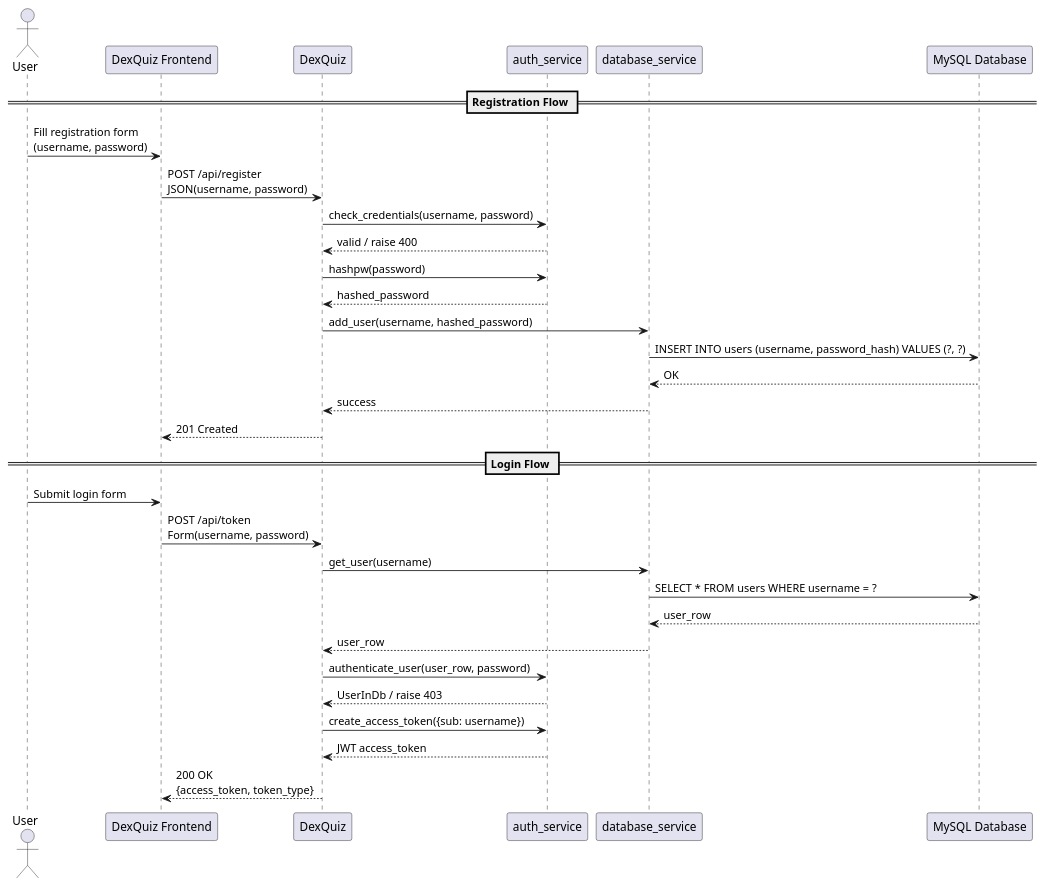
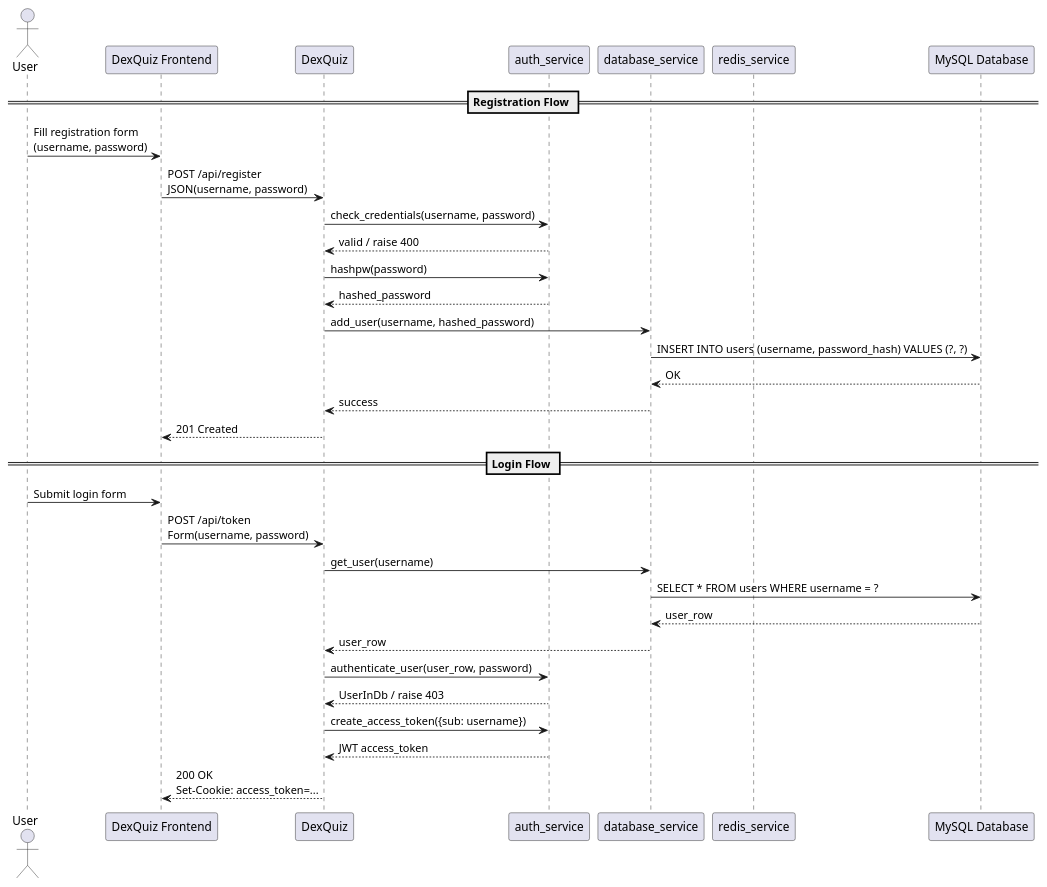
Before and after one commit to Digestey/lw-sqs-ss25: the diagram in docs/source/arc42/images/register_login_sequence.puml, drawn with PlantUML. The commit also changed 25 other files, not shown here.

```diff
--- a/docs/source/arc42/images/register_login_sequence.puml
+++ b/docs/source/arc42/images/register_login_sequence.puml
@@ -1,35 +1,35 @@
 @startuml
 actor User
 participant "DexQuiz Frontend" as FE
 participant "DexQuiz" as API
 participant "auth_service" as Auth
 participant "database_service" as DB
+participant "redis_service" as Redis
 participant "MySQL Database" as SQL
 
 == Registration Flow ==
 User -> FE : Fill registration form\n(username, password)
 FE -> API : POST /api/register\nJSON(username, password)
 API -> Auth : check_credentials(username, password)
 Auth --> API : valid / raise 400
 API -> Auth : hashpw(password)
 Auth --> API : hashed_password
 API -> DB : add_user(username, hashed_password)
 DB -> SQL : INSERT INTO users (username, password_hash) VALUES (?, ?)
 SQL --> DB : OK
 DB --> API : success
 API --> FE : 201 Created
 
 == Login Flow ==
-
 User -> FE : Submit login form
 FE -> API : POST /api/token\nForm(username, password)
 API -> DB : get_user(username)
 DB -> SQL : SELECT * FROM users WHERE username = ?
 SQL --> DB : user_row
 DB --> API : user_row
 API -> Auth : authenticate_user(user_row, password)
 Auth --> API : UserInDb / raise 403
 API -> Auth : create_access_token({sub: username})
 Auth --> API : JWT access_token
-API --> FE : 200 OK\n{access_token, token_type}
+API --> FE : 200 OK\nSet-Cookie: access_token=...
 @enduml
```
